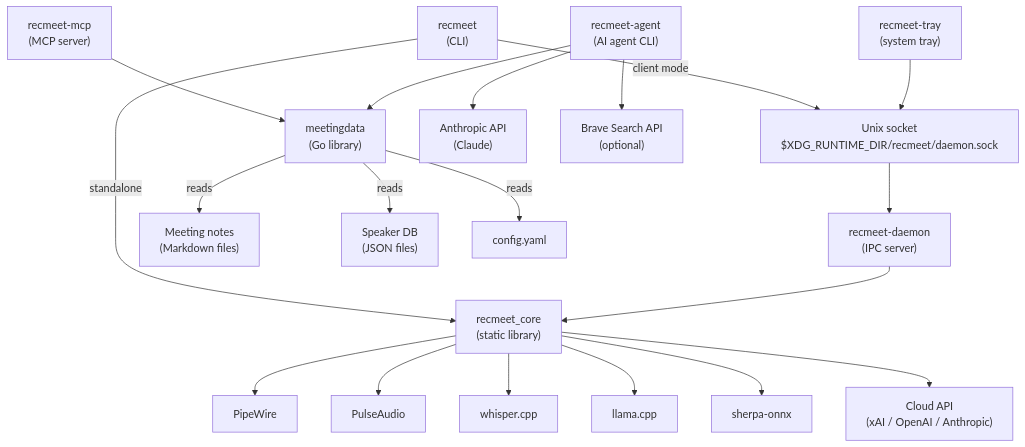
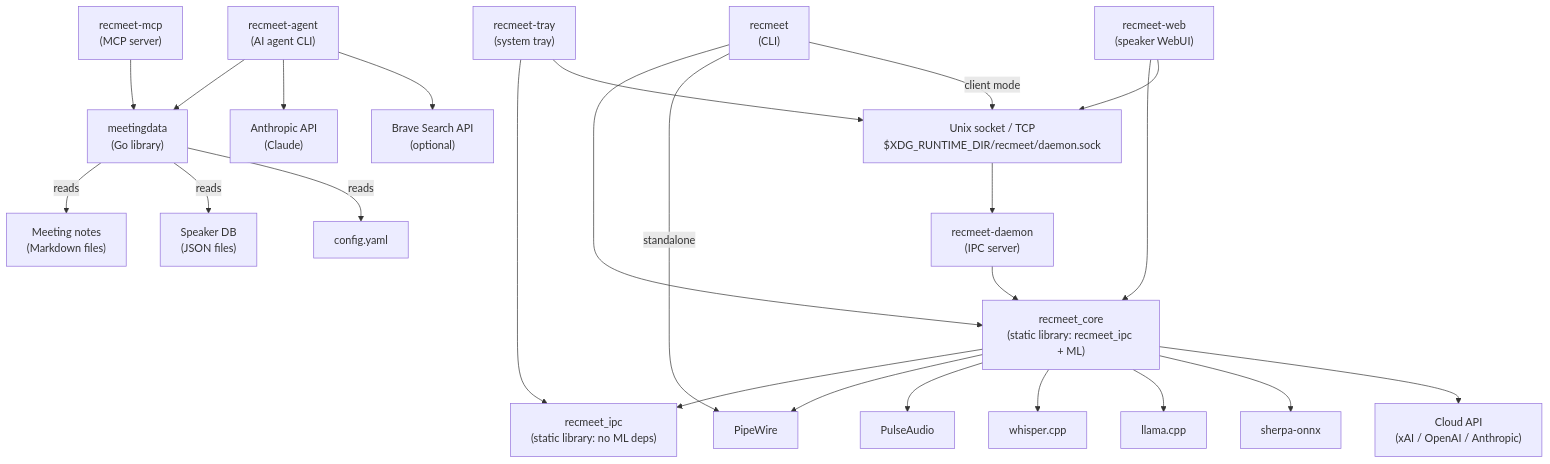
Before and after one commit to suykerbuyk/recmeet: the first of 15 diagrams in docs/ARCHITECTURE.md, drawn with Mermaid. The commit also changed other lines of this file and 12 other files, not shown here.

````diff
--- a/docs/ARCHITECTURE.md
+++ b/docs/ARCHITECTURE.md
@@ -11,32 +11,40 @@
 ```mermaid
 graph TD
     CLI["recmeet<br/>(CLI)"]
     DAEMON["recmeet-daemon<br/>(IPC server)"]
     TRAY["recmeet-tray<br/>(system tray)"]
-    CORE["recmeet_core<br/>(static library)"]
-    SOCK["Unix socket<br/>$XDG_RUNTIME_DIR/recmeet/daemon.sock"]
+    WEB["recmeet-web<br/>(speaker WebUI)"]
+    IPC_LIB["recmeet_ipc<br/>(static library: no ML deps)"]
+    CORE["recmeet_core<br/>(static library: recmeet_ipc + ML)"]
+    SOCK["Unix socket / TCP<br/>$XDG_RUNTIME_DIR/recmeet/daemon.sock"]
     MCP["recmeet-mcp<br/>(MCP server)"]
     AGENT["recmeet-agent<br/>(AI agent CLI)"]
     MDATA["meetingdata<br/>(Go library)"]
 
-    CLI -->|standalone| CORE
+    TRAY --> IPC_LIB
+    CLI --> CORE
+    DAEMON --> CORE
+    WEB --> CORE
+    CORE --> IPC_LIB
+
+    CLI -->|standalone| PW
     CLI -->|client mode| SOCK
     TRAY --> SOCK
+    WEB --> SOCK
     SOCK --> DAEMON
-    DAEMON --> CORE
 
     CORE --> PW["PipeWire"]
     CORE --> PA["PulseAudio"]
     CORE --> WHISPER["whisper.cpp"]
     CORE --> LLAMA["llama.cpp"]
     CORE --> SHERPA["sherpa-onnx"]
     CORE --> API["Cloud API<br/>(xAI / OpenAI / Anthropic)"]
 
     MCP --> MDATA
     AGENT --> MDATA
     AGENT --> CLAUDE["Anthropic API<br/>(Claude)"]
     AGENT --> BRAVE["Brave Search API<br/>(optional)"]
     MDATA -->|reads| NOTES["Meeting notes<br/>(Markdown files)"]
     MDATA -->|reads| SPKDB["Speaker DB<br/>(JSON files)"]
     MDATA -->|reads| CFG["config.yaml"]
 ```
````
